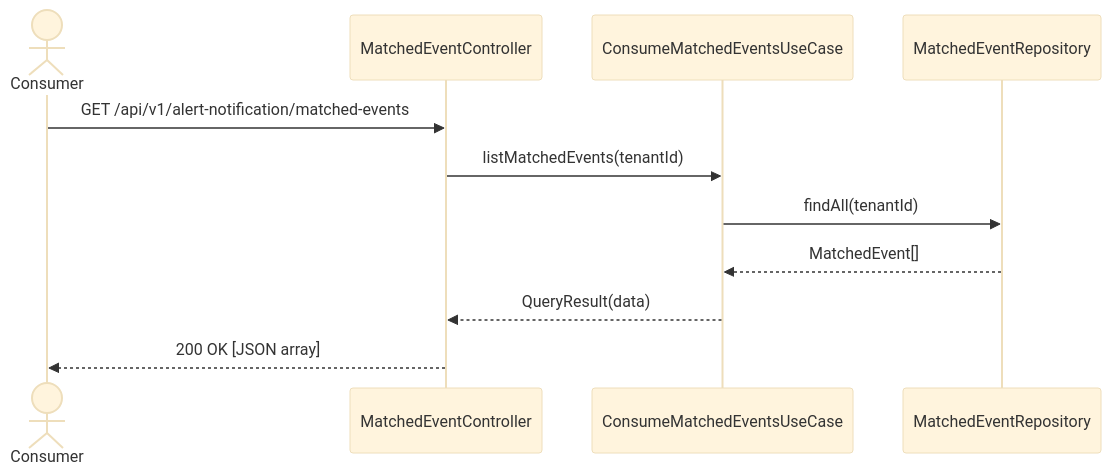
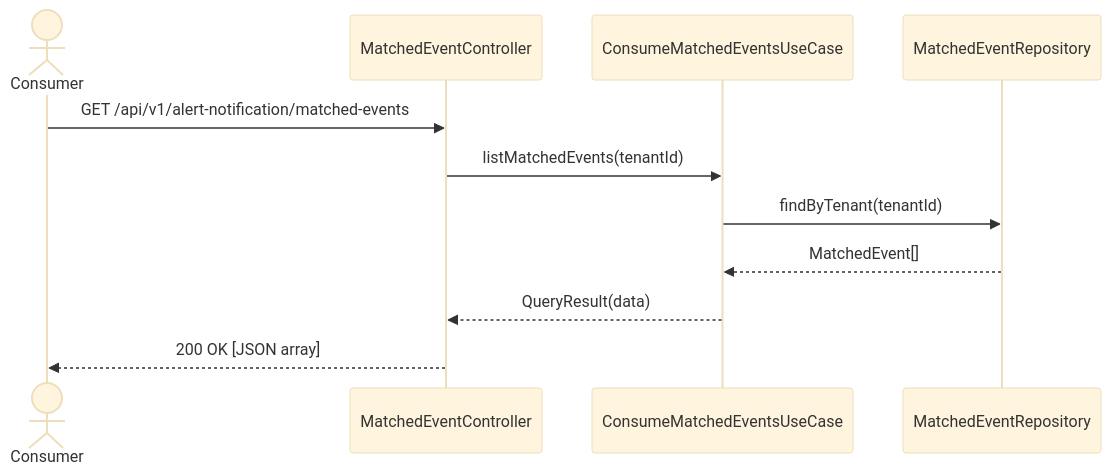
The fourth of 5 diagrams in alert-notification/UML.md (UIMSolutions/uim-platform), drawn with Mermaid (base theme) before and after one commit. The commit also changed 77 other files, not shown here.

````diff
--- a/alert-notification/UML.md
+++ b/alert-notification/UML.md
@@ -209,14 +209,14 @@
 ```mermaid
 sequenceDiagram
     actor Consumer
     participant MatchedEventController
     participant ConsumeMatchedEventsUseCase
     participant MatchedEventRepository
 
     Consumer->>MatchedEventController: GET /api/v1/alert-notification/matched-events
     MatchedEventController->>ConsumeMatchedEventsUseCase: listMatchedEvents(tenantId)
-    ConsumeMatchedEventsUseCase->>MatchedEventRepository: findAll(tenantId)
+    ConsumeMatchedEventsUseCase->>MatchedEventRepository: findByTenant(tenantId)
     MatchedEventRepository-->>ConsumeMatchedEventsUseCase: MatchedEvent[]
     ConsumeMatchedEventsUseCase-->>MatchedEventController: QueryResult(data)
     MatchedEventController-->>Consumer: 200 OK [JSON array]
 ```
````
